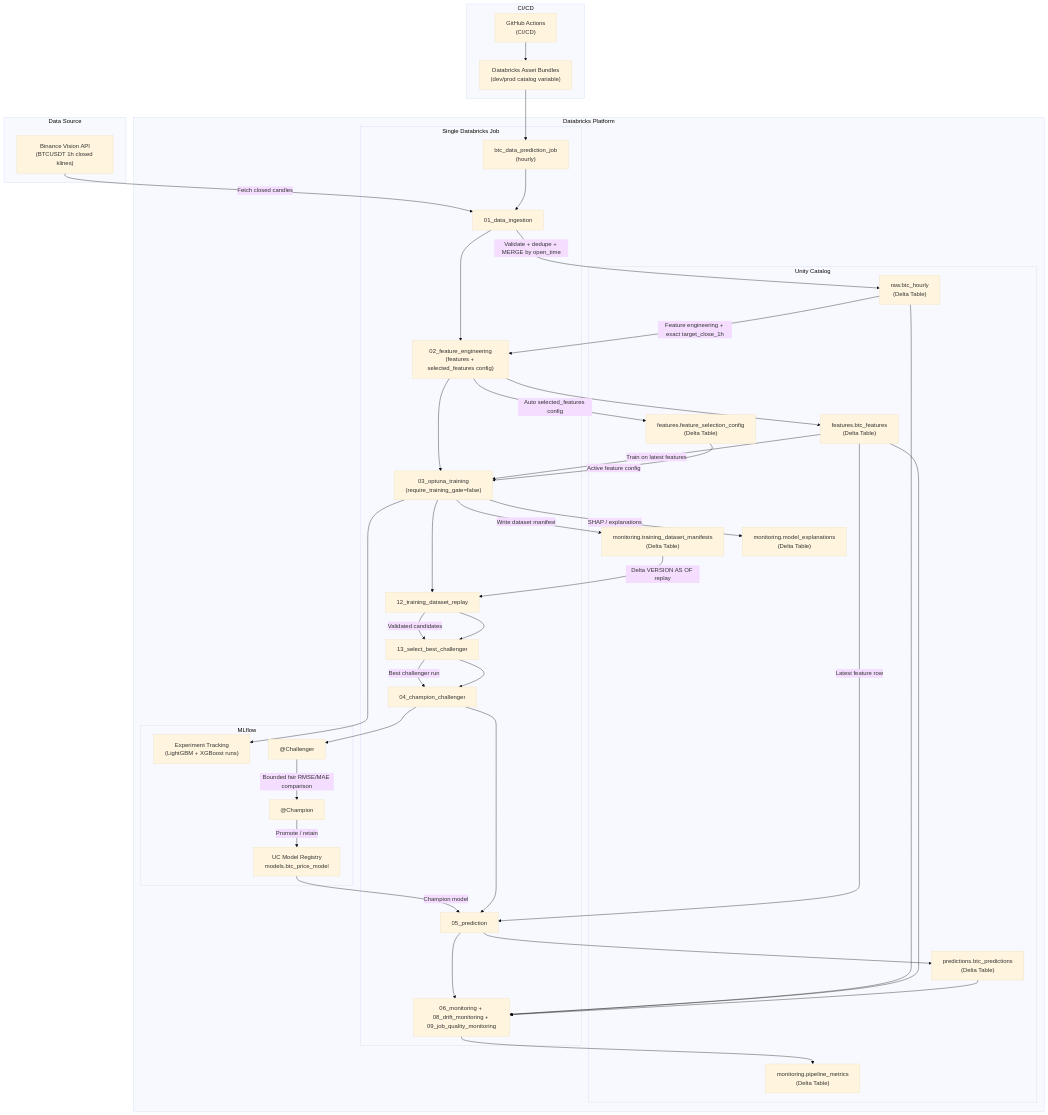
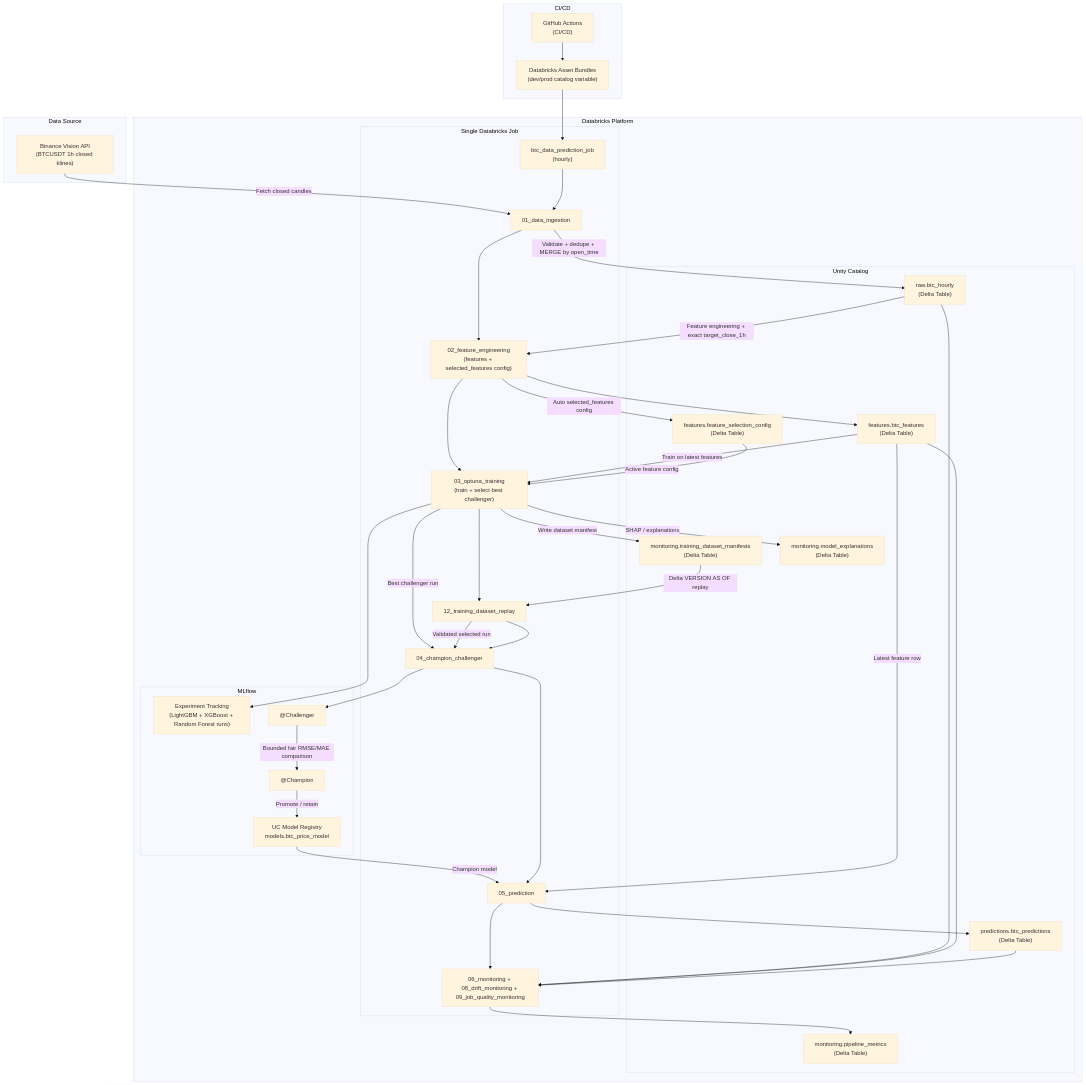
Before and after one commit to dunglk85/btc_mle_dbr: the diagram in docs/architecture.md, drawn with Mermaid (base theme). The commit also changed other lines of this file and 7 other files, not shown here.

````diff
--- a/docs/architecture.md
+++ b/docs/architecture.md
@@ -7,76 +7,74 @@
 ```mermaid
 graph TB
     subgraph "Data Source"
         A["Binance Vision API<br/>(BTCUSDT 1h closed klines)"]
     end
 
     subgraph "Databricks Platform"
         subgraph "Unity Catalog"
             B["raw.btc_hourly<br/>(Delta Table)"]
             C["features.btc_features<br/>(Delta Table)"]
             U["features.feature_selection_config<br/>(Delta Table)"]
             P["predictions.btc_predictions<br/>(Delta Table)"]
             Q["monitoring.pipeline_metrics<br/>(Delta Table)"]
             T["monitoring.training_dataset_manifests<br/>(Delta Table)"]
             X["monitoring.model_explanations<br/>(Delta Table)"]
         end
 
         subgraph "MLflow"
-            D["Experiment Tracking<br/>(LightGBM + XGBoost runs)"]
+            D["Experiment Tracking<br/>(LightGBM + XGBoost + Random Forest runs)"]
             E["UC Model Registry<br/>models.btc_price_model"]
             F["@Champion"]
             G["@Challenger"]
         end
 
         subgraph "Single Databricks Job"
             K["btc_data_prediction_job<br/>(hourly)"]
             K1["01_data_ingestion"]
             K2["02_feature_engineering<br/>(features + selected_features config)"]
-            K4["03_optuna_training<br/>(require_training_gate=false)"]
+            K4["03_optuna_training<br/>(train + select best challenger)"]
             K5["12_training_dataset_replay"]
-            K6["13_select_best_challenger"]
             K7["04_champion_challenger"]
             K8["05_prediction"]
             K9["06_monitoring + 08_drift_monitoring + 09_job_quality_monitoring"]
         end
     end
 
     subgraph "CI/CD"
         M["GitHub Actions<br/>(CI/CD)"]
         N["Databricks Asset Bundles<br/>(dev/prod catalog variable)"]
     end
 
     A -->|"Fetch closed candles"| K1
     K1 -->|"Validate + dedupe + MERGE by open_time"| B
     B -->|"Feature engineering + exact target_close_1h"| K2
     K2 --> C
     K2 -->|"Auto selected_features config"| U
     C -->|"Train on latest features"| K4
     U -->|"Active feature config"| K4
     K4 --> D
     K4 -->|"Write dataset manifest"| T
     K4 -->|"SHAP / explanations"| X
+    K4 -->|"Best challenger run"| K7
     T -->|"Delta VERSION AS OF replay"| K5
-    K5 -->|"Validated candidates"| K6
-    K6 -->|"Best challenger run"| K7
+    K5 -->|"Validated selected run"| K7
     K7 --> G
     G -->|"Bounded fair RMSE/MAE comparison"| F
     F -->|"Promote / retain"| E
     E -->|"Champion model"| K8
     C -->|"Latest feature row"| K8
     K8 --> P
     B --> K9
     C --> K9
     P --> K9
     K9 --> Q
     M --> N
     N --> K
     K --> K1
     K1 --> K2
     K2 --> K4
     K4 --> K5
-    K5 --> K6
-    K6 --> K7
+    K5 --> K7
     K7 --> K8
     K8 --> K9
 ```
````
